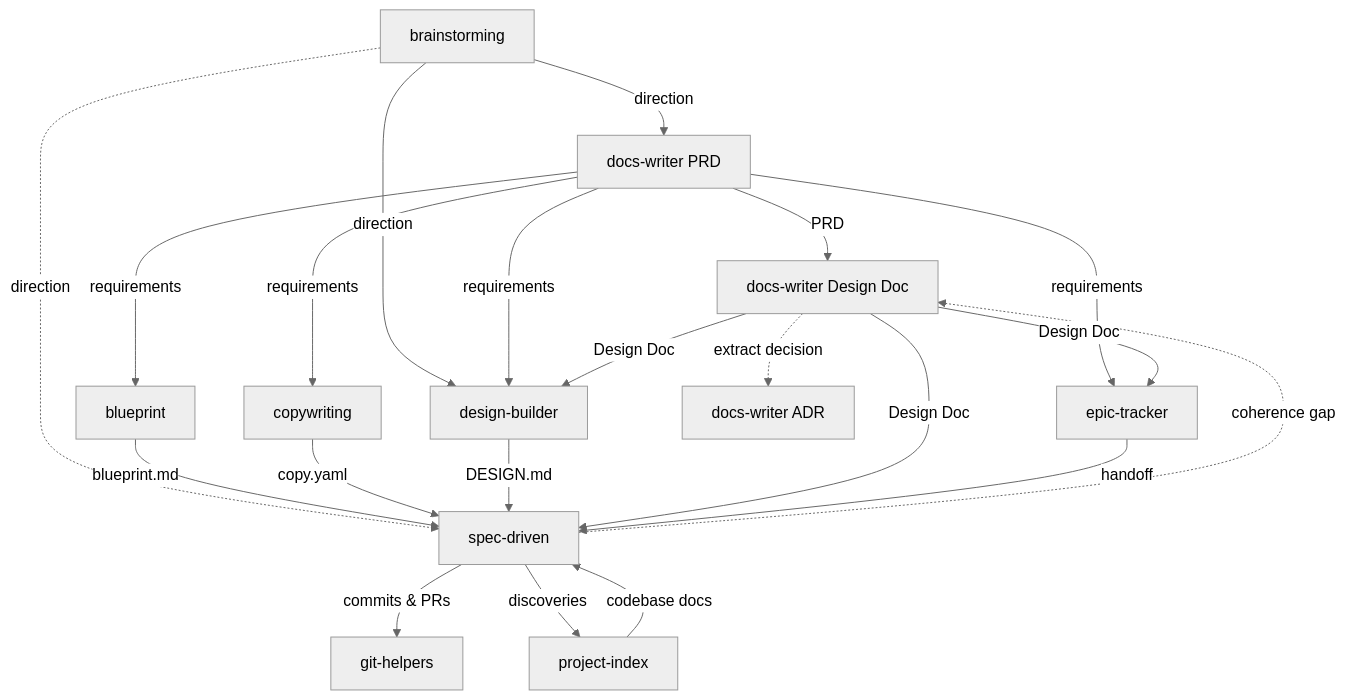
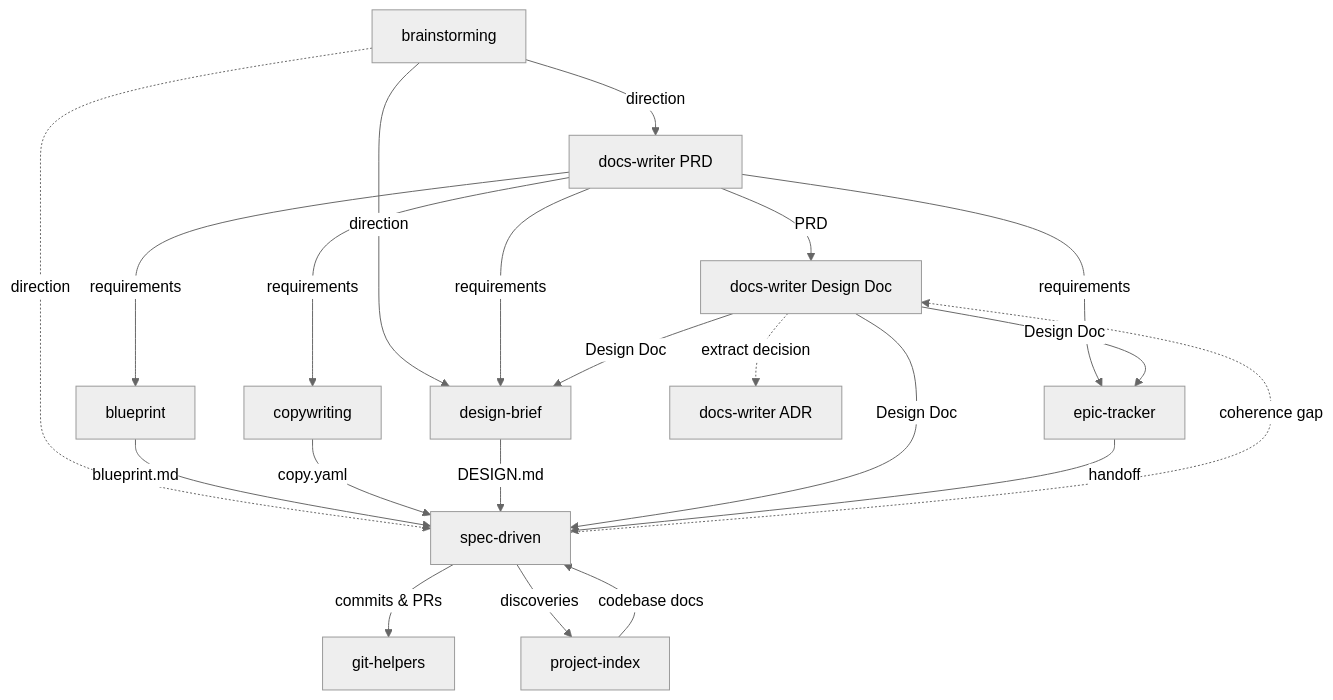
Before and after one commit to adeonir/agent-skills: the diagram in README.md, drawn with Mermaid (neutral theme). The commit also changed other lines of this file and 13 other files, not shown here.

First line of the commit message:
refactor(design-brief): rename skill from design-builder

````diff
--- a/README.md
+++ b/README.md
@@ -40,23 +40,23 @@
 ```mermaid
 flowchart TD
     BR[brainstorming] -->|direction| DW_PRD[docs-writer PRD]
-    BR -->|direction| DB[design-builder]
+    BR -->|direction| DB[design-brief]
     BR -.->|direction| SD[spec-driven]
     DW_PRD -->|PRD| DW_DD[docs-writer Design Doc]
     DW_PRD -->|requirements| ET[epic-tracker]
     DW_PRD -->|requirements| DB
     DW_PRD -->|requirements| BP[blueprint]
     DW_PRD -->|requirements| CW[copywriting]
     BP -->|blueprint.md| SD
     CW -->|copy.yaml| SD
     DB -->|DESIGN.md| SD
     DW_DD -->|Design Doc| SD
     DW_DD -->|Design Doc| ET
     DW_DD -->|Design Doc| DB
     DW_DD -.->|extract decision| DW_ADR[docs-writer ADR]
     ET -->|handoff| SD
     PI[project-index] -->|codebase docs| SD
     SD -->|commits & PRs| GH[git-helpers]
     SD -->|discoveries| PI
     SD -.->|coherence gap| DW_DD
 ```
````
